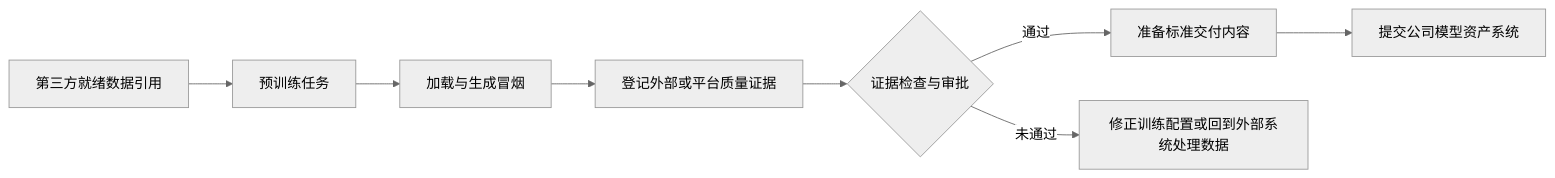
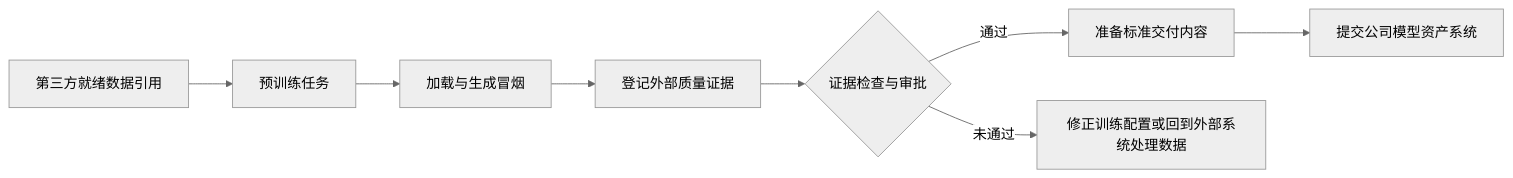
One commit to gqcn/ltp changed the first of 3 diagrams in docs/平台规划/3.8-工作流与自动化.md. Above: the diagram before and after it, drawn with Mermaid (neutral theme). The commit also changed other lines of this file and 9 other files, not shown here.

````diff
--- a/docs/平台规划/3.8-工作流与自动化.md
+++ b/docs/平台规划/3.8-工作流与自动化.md
@@ -42,10 +42,10 @@
 ```mermaid
 flowchart LR
     A["第三方就绪数据引用"] --> B["预训练任务"]
     B --> C["加载与生成冒烟"]
-    C --> D["登记外部或平台质量证据"]
+    C --> D["登记外部质量证据"]
     D --> E{"证据检查与审批"}
     E -->|"通过"| F["准备标准交付内容"]
     F --> G["提交公司模型资产系统"]
     E -->|"未通过"| H["修正训练配置或回到外部系统处理数据"]
 ```
````
